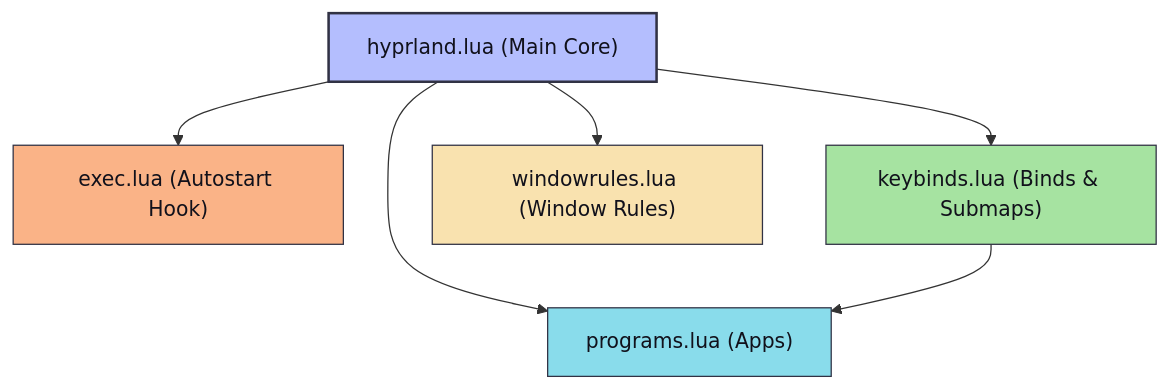
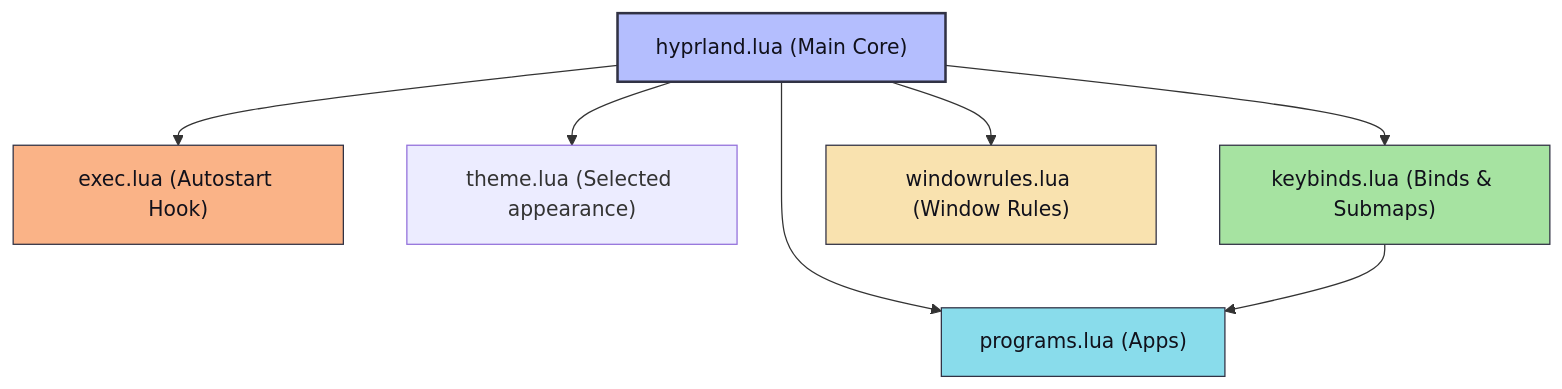
Before and after one commit to vinayak-jaybhaye/hypr-dots: the diagram in docs/architecture.md, drawn with Mermaid. The commit also changed other lines of this file and 44 other files, not shown here.

````diff
--- a/docs/architecture.md
+++ b/docs/architecture.md
@@ -14,14 +14,15 @@
 ```mermaid
 graph TD
     A["hyprland.lua (Main Core)"] --> P["programs.lua (Apps)"]
     A --> B["exec.lua (Autostart Hook)"]
+    A --> T["theme.lua (Selected appearance)"]
     A --> C["keybinds.lua (Binds & Submaps)"]
     A --> D["windowrules.lua (Window Rules)"]
     C --> P
     
     style A fill:#b4befe,stroke:#313244,stroke-width:2px,color:#11111b
     style P fill:#89dceb,stroke:#313244,stroke-width:1px,color:#11111b
     style B fill:#fab387,stroke:#313244,stroke-width:1px,color:#11111b
     style C fill:#a6e3a1,stroke:#313244,stroke-width:1px,color:#11111b
     style D fill:#f9e2af,stroke:#313244,stroke-width:1px,color:#11111b
 ```
````
